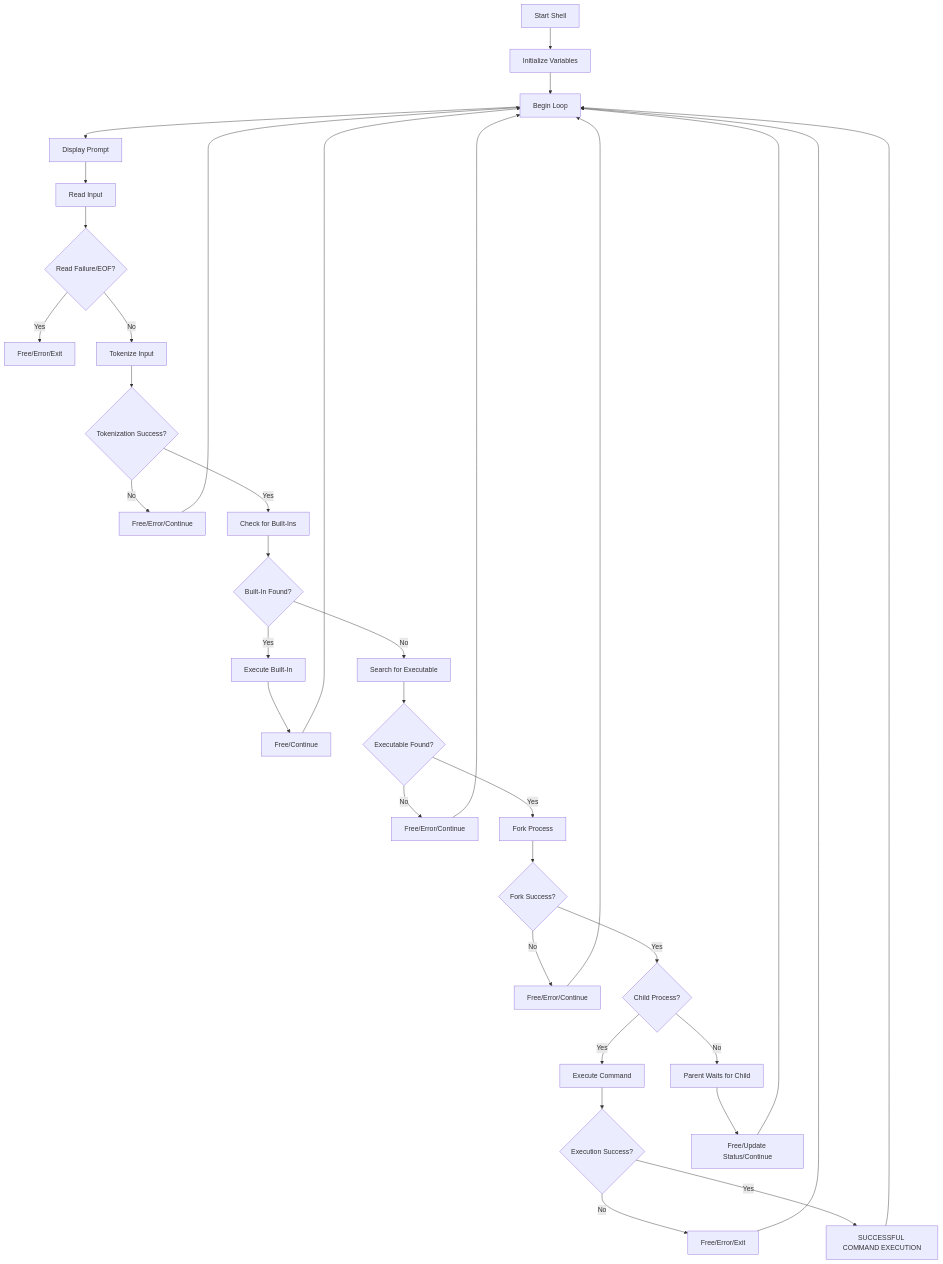
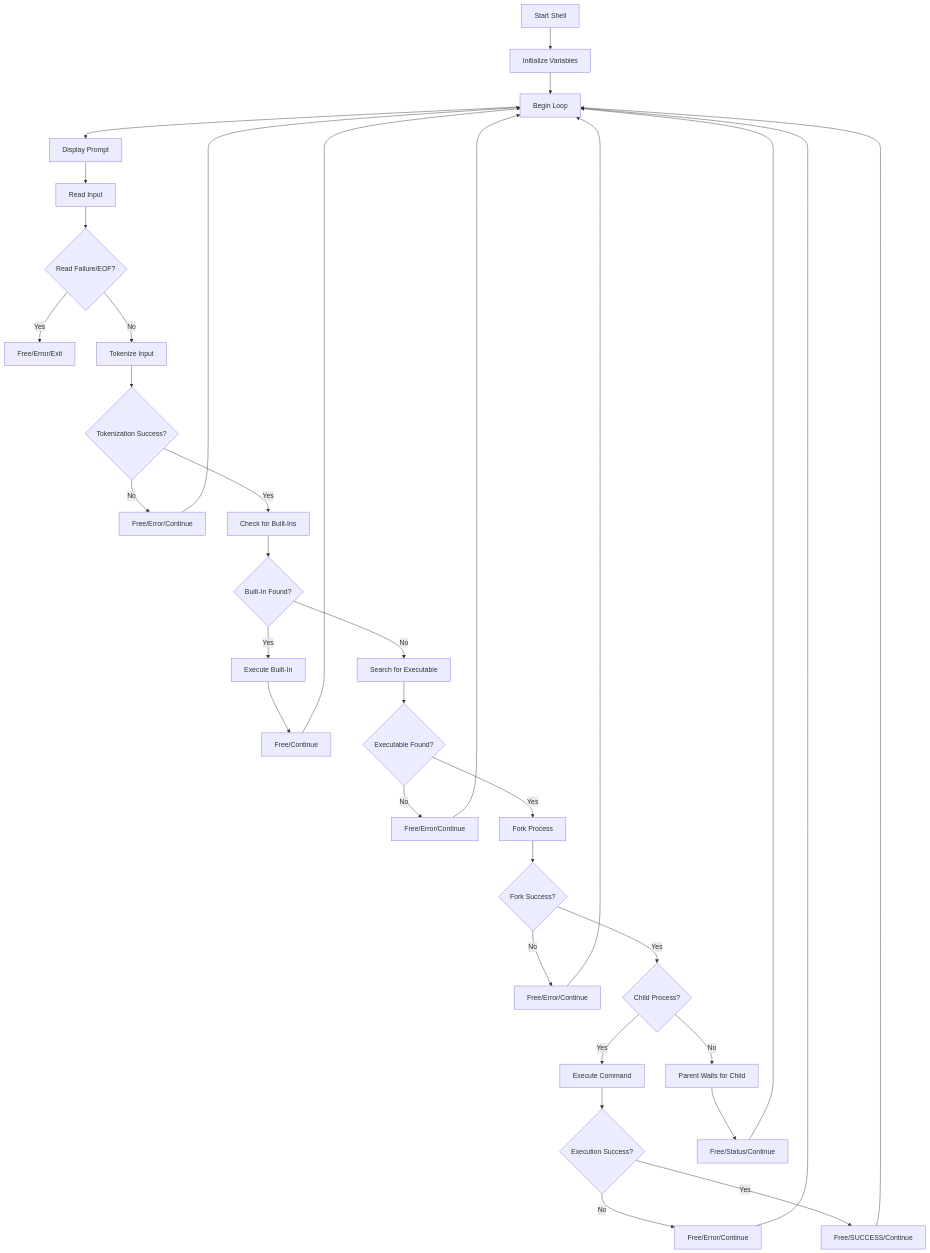
One commit to seer9/atlas-simple_shell changed the diagram in README.md. Above: the diagram before and after it, drawn with Mermaid. The commit also changed 2 other files, not shown here.

Commit message:
comments, README

````diff
--- a/README.md
+++ b/README.md
@@ -44,36 +44,36 @@
 ```mermaid
 flowchart TB
 	A[Start Shell] --> B[Initialize Variables]
 	B --> C[Begin Loop]
 	C --> D[Display Prompt]
 	D --> E[Read Input]
 	E --> F{Read Failure/EOF?}
 	F -- Yes --> G[Free/Error/Exit]
 	F -- No --> H[Tokenize Input]
 	H --> I{Tokenization Success?}
 	I -- No --> J[Free/Error/Continue]
 	I -- Yes --> K[Check for Built-Ins]
 	K --> L{Built-In Found?}
 	L -- Yes --> M[Execute Built-In]
 	M --> N[Free/Continue]
 	L -- No --> O[Search for Executable]
 	O --> P{Executable Found?}
 	P -- No --> Q[Free/Error/Continue]
 	P -- Yes --> R[Fork Process]
 	R --> S{Fork Success?}
 	S -- No --> T[Free/Error/Continue]
 	S -- Yes --> U{Child Process?}
 	U -- Yes --> Z[Execute Command]
 	Z --> W{Execution Success?}
-	W -- No --> X[Free/Error/Exit]
-	W -- Yes --> Y[SUCCESSFUL COMMAND EXECUTION]
+	W -- No --> X[Free/Error/Continue]
+	W -- Yes --> Y[Free/SUCCESS/Continue]
 	U -- No --> V[Parent Waits for Child]
-	V --> AA[Free/Update Status/Continue]
+	V --> AA[Free/Status/Continue]
 	AA --> C
 	J --> C
 	N --> C
 	Q --> C
 	T --> C
 	X --> C
 	Y --> C
 ```
````
